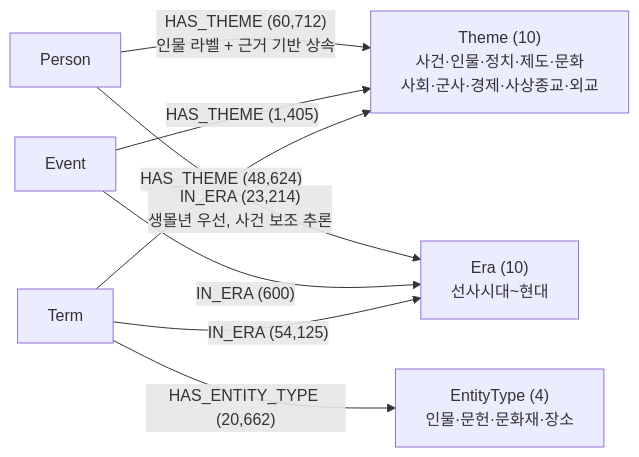
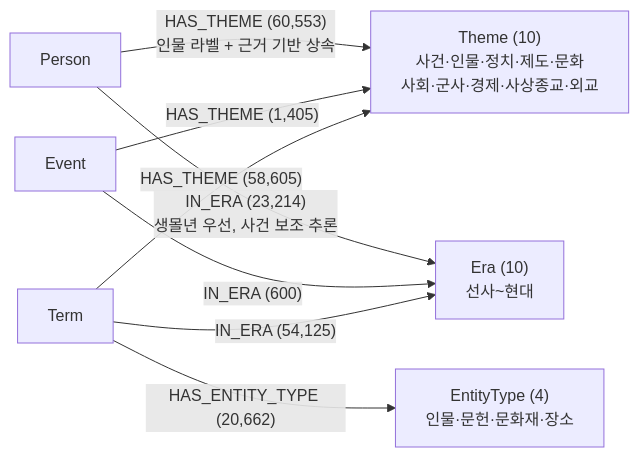
The third of 7 diagrams in docs/neo4j/neo4j_그래프_스키마_mermaid.md (SKNETWORKS-FAMILY-AICAMP/SKN27-FINAL-2Team), drawn with Mermaid before and after one commit. The commit also changed other lines of this file and 11 other files, not shown here.

````diff
--- a/docs/neo4j/neo4j_그래프_스키마_mermaid.md
+++ b/docs/neo4j/neo4j_그래프_스키마_mermaid.md
@@ -108,17 +112,17 @@
 ```mermaid
 flowchart LR
     Term["Term"]
     Event["Event"]
     Person["Person"]
     Theme["Theme (10)<br/>사건·인물·정치·제도·문화<br/>사회·군사·경제·사상종교·외교"]
-    Era["Era (10)<br/>선사시대~현대"]
+    Era["Era (10)<br/>선사~현대"]
     EntityType["EntityType (4)<br/>인물·문헌·문화재·장소"]
 
-    Term -->|"HAS_THEME (48,624)"| Theme
+    Term -->|"HAS_THEME (58,605)"| Theme
     Event -->|"HAS_THEME (1,405)"| Theme
-    Person -->|"HAS_THEME (60,712)<br/>인물 라벨 + 근거 기반 상속"| Theme
+    Person -->|"HAS_THEME (60,553)<br/>인물 라벨 + 근거 기반 상속"| Theme
     Term -->|"IN_ERA (54,125)"| Era
     Event -->|"IN_ERA (600)"| Era
     Person -->|"IN_ERA (23,214)<br/>생몰년 우선, 사건 보조 추론"| Era
     Term -->|"HAS_ENTITY_TYPE (20,662)"| EntityType
 ```
````
